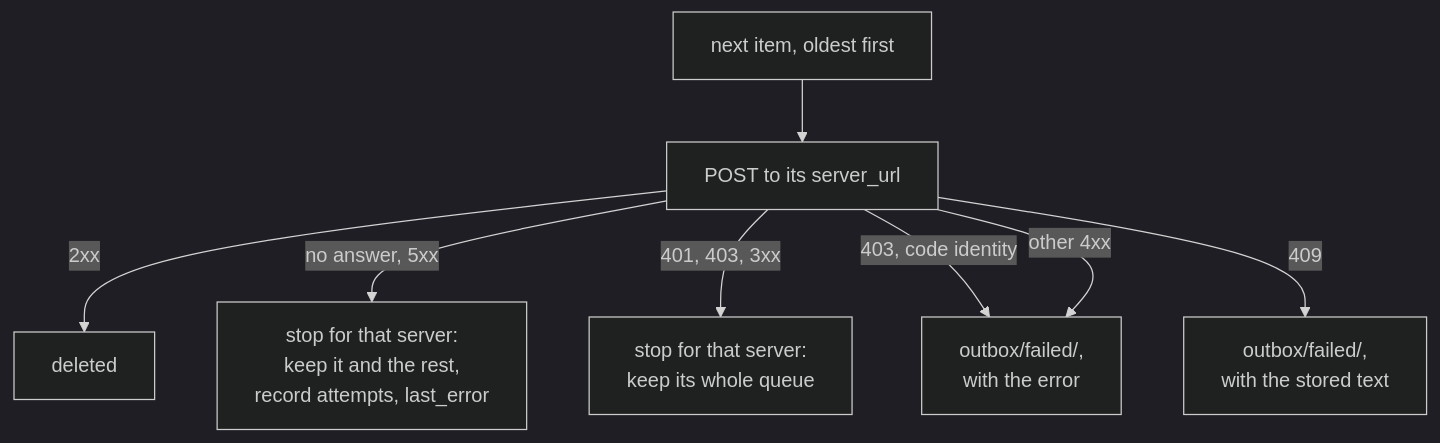
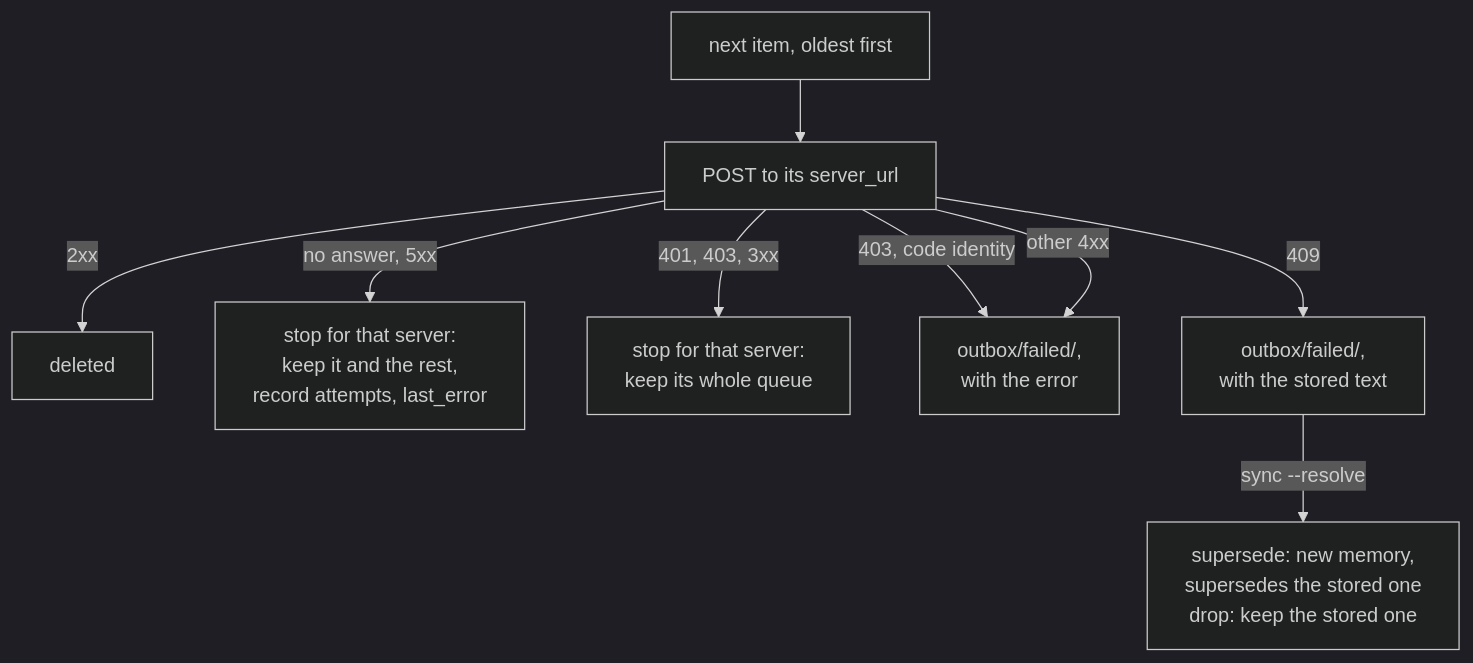
One commit to roune/agent-memory changed the second of 7 diagrams in docs/server.md. Above: the diagram before and after it, drawn with Mermaid (dark theme). The commit also changed other lines of this file and 5 other files, not shown here.

````diff
--- a/docs/server.md
+++ b/docs/server.md
@@ -89,10 +89,11 @@
 ```mermaid
 flowchart TD
   item["next item, oldest first"] --> send["POST to its server_url"]
   send -- "2xx" --> gone["deleted"]
   send -- "no answer, 5xx" --> stop["stop for that server:<br/>keep it and the rest,<br/>record attempts, last_error"]
   send -- "401, 403, 3xx" --> keep["stop for that server:<br/>keep its whole queue"]
   send -- "403, code identity" --> failed
   send -- "409" --> failed409["outbox/failed/,<br/>with the stored text"]
+  failed409 -- "sync --resolve" --> choice["supersede: new memory,<br/>supersedes the stored one<br/>drop: keep the stored one"]
   send -- "other 4xx" --> failed["outbox/failed/,<br/>with the error"]
 ```
````
